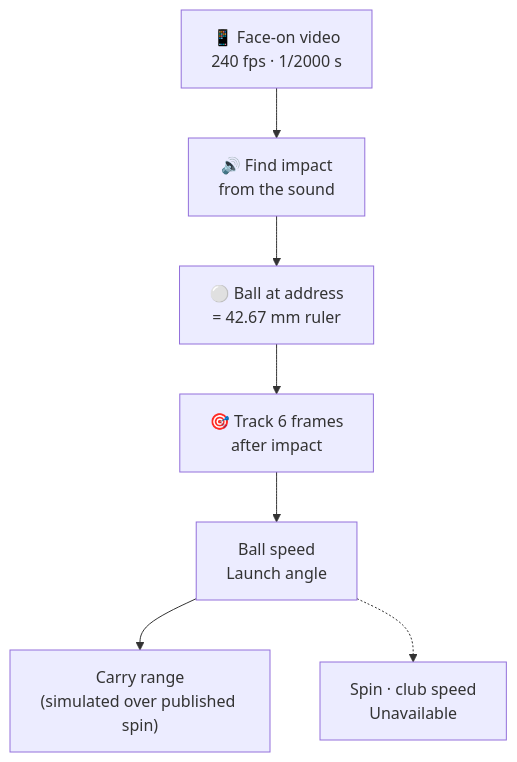
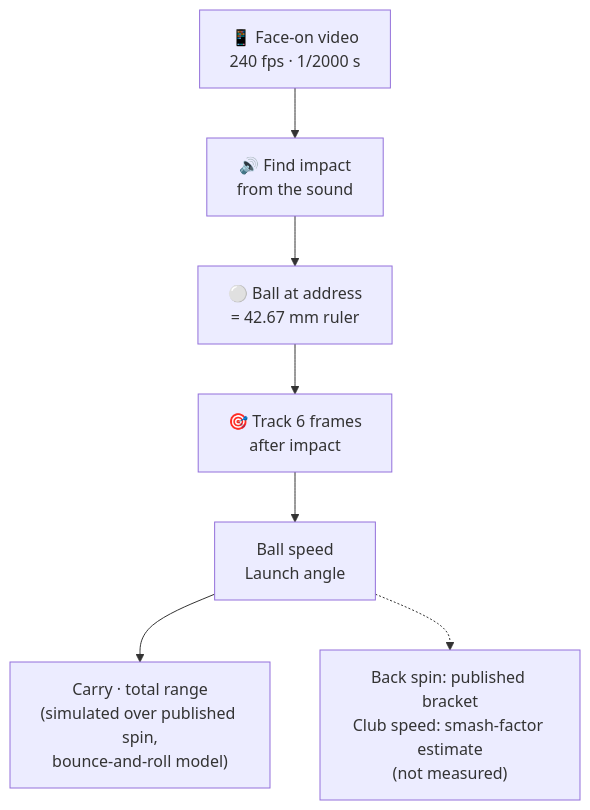
One commit to jongsu-king/SwingLab changed the diagram in README.en.md. Above: the diagram before and after it, drawn with Mermaid. The commit also changed other lines of this file and 31 other files, not shown here.

````diff
--- a/README.en.md
+++ b/README.en.md
@@ -71,9 +73,9 @@
 ```mermaid
 flowchart TD
     A["📱 Face-on video<br/>240 fps · 1/2000 s"] --> B["🔊 Find impact<br/>from the sound"]
     B --> C["⚪ Ball at address<br/>= 42.67 mm ruler"]
     C --> D["🎯 Track 6 frames<br/>after impact"]
     D --> E["Ball speed<br/>Launch angle"]
-    E --> F["Carry range<br/>(simulated over published spin)"]
-    E -.-> G["Spin · club speed<br/>Unavailable"]
+    E --> F["Carry · total range<br/>(simulated over published spin,<br/>bounce-and-roll model)"]
+    E -.-> G["Back spin: published bracket<br/>Club speed: smash-factor estimate<br/>(not measured)"]
 ```
````
